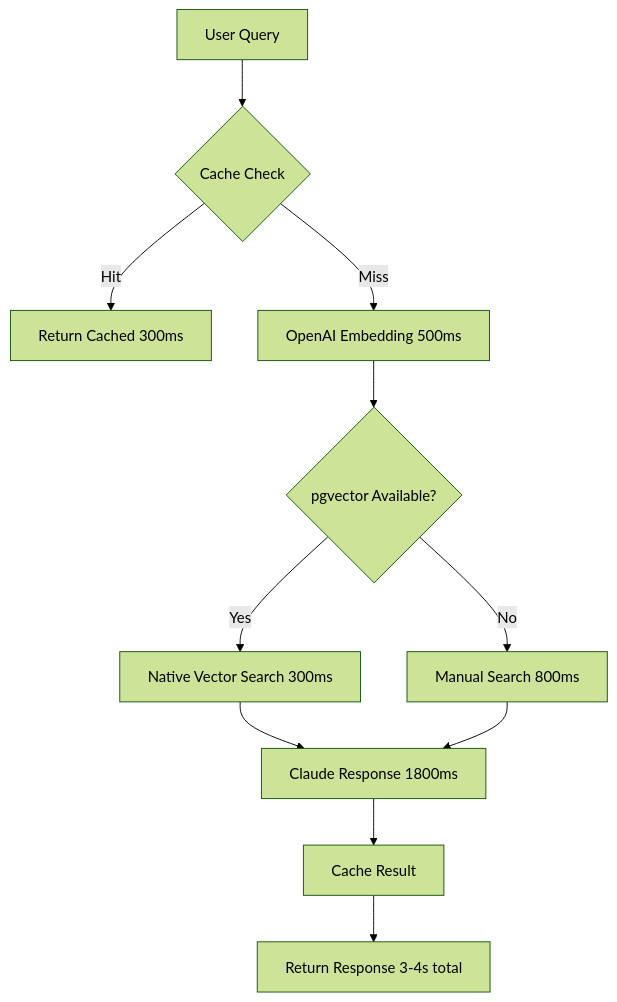
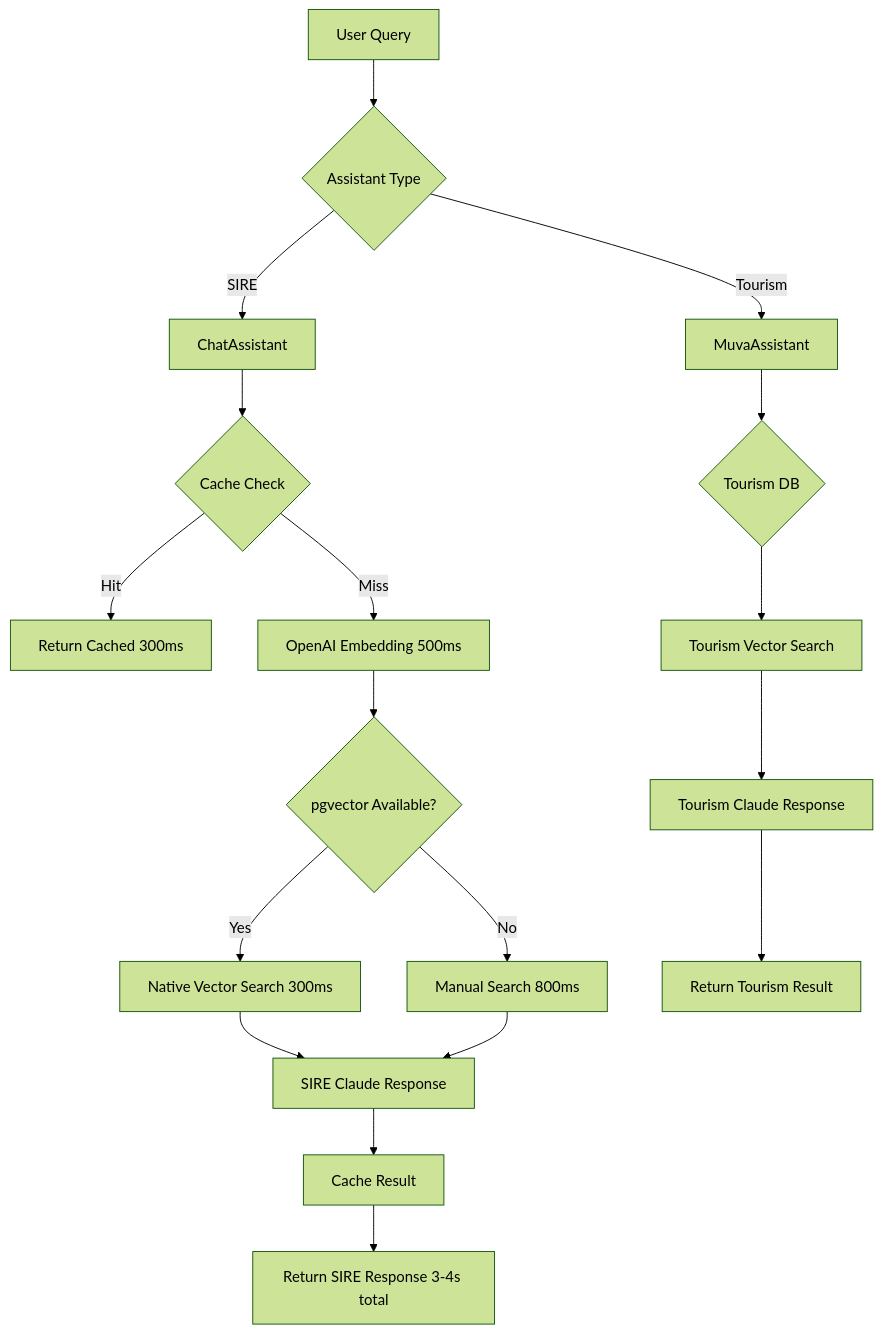
One commit to toneill57/innpilot changed the diagram in SNAPSHOT.md. Above: the diagram before and after it, drawn with Mermaid (forest theme). The commit also changed other lines of this file and 55 other files, not shown here.

````diff
--- a/SNAPSHOT.md
+++ b/SNAPSHOT.md
@@ -189,13 +191,20 @@
 ```mermaid
 graph TD
-    A[User Query] --> B{Cache Check}
-    B -->|Hit| C[Return Cached 300ms]
-    B -->|Miss| D[OpenAI Embedding 500ms]
-    D --> E{pgvector Available?}
-    E -->|Yes| F[Native Vector Search 300ms]
-    E -->|No| G[Manual Search 800ms]
-    F --> H[Claude Response 1800ms]
-    G --> H
-    H --> I[Cache Result]
-    I --> J[Return Response 3-4s total]
+    A[User Query] --> B{Assistant Type}
+    B -->|SIRE| C[ChatAssistant]
+    B -->|Tourism| D[MuvaAssistant]
+    C --> E{Cache Check}
+    D --> F{Tourism DB}
+    E -->|Hit| G[Return Cached 300ms]
+    E -->|Miss| H[OpenAI Embedding 500ms]
+    F --> I[Tourism Vector Search]
+    H --> J{pgvector Available?}
+    J -->|Yes| K[Native Vector Search 300ms]
+    J -->|No| L[Manual Search 800ms]
+    I --> M[Tourism Claude Response]
+    K --> N[SIRE Claude Response]
+    L --> N
+    M --> O[Return Tourism Result]
+    N --> P[Cache Result]
+    P --> Q[Return SIRE Response 3-4s total]
 ```
````
